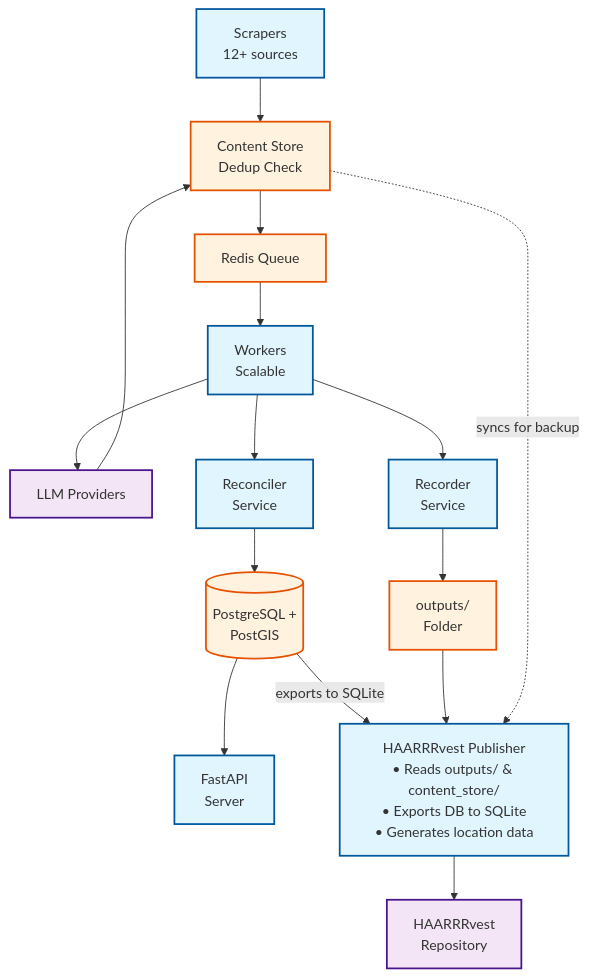
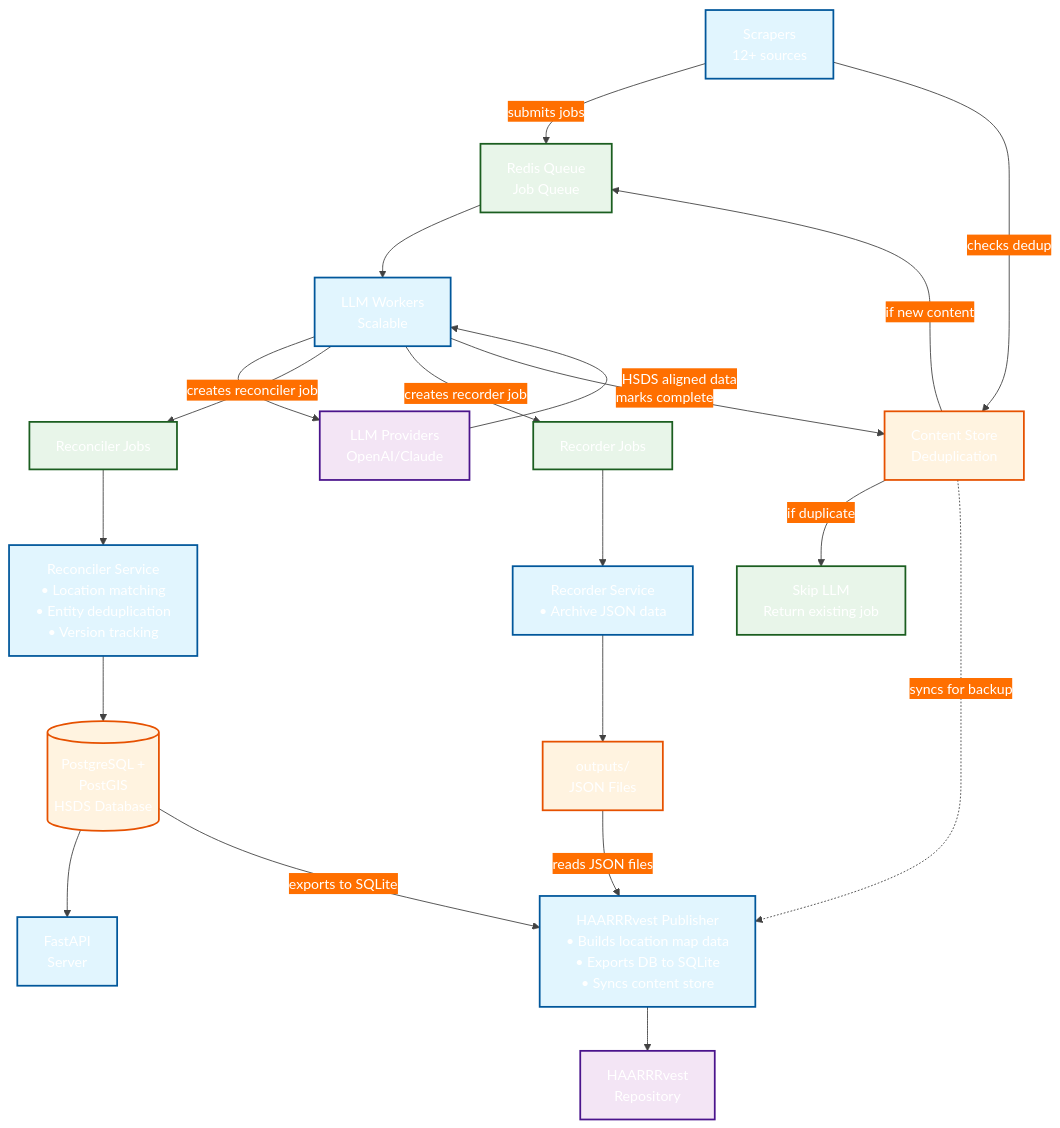
Before and after one commit to For-The-Greater-Good/pantry-pirate-radio: the diagram in README.md, drawn with Mermaid. The commit also changed 1 other file, not shown here.

Commit message:
update readme diagram

````diff
--- a/README.md
+++ b/README.md
@@ -118,38 +118,54 @@
 ```mermaid
-graph TD
+%%{init: {'theme':'base', 'themeVariables': { 'primaryColor':'#1976d2', 'primaryTextColor':'#fff', 'primaryBorderColor':'#0d47a1', 'lineColor':'#424242', 'secondaryColor':'#ff6f00', 'tertiaryColor':'#4a148c', 'background':'#fafafa', 'mainBkg':'#e3f2fd', 'secondBkg':'#fff3e0', 'tertiaryBkg':'#f3e5f5'}}}%%
+flowchart TB
     %% Data Collection Layer
-    Scrapers[Scrapers<br/>12+ sources] --> ContentStore[Content Store<br/>Dedup Check]
-    ContentStore --> RedisQueue[Redis Queue]
+    Scrapers[Scrapers<br/>12+ sources] --> |submits jobs| RedisQueue[Redis Queue<br/>Job Queue]
     
-    %% Processing Layer
-    RedisQueue --> Workers[Workers<br/>Scalable]
-    Workers --> LLM[LLM Providers]
-    Workers --> Reconciler[Reconciler<br/>Service]
-    Workers --> Recorder[Recorder<br/>Service]
+    %% Content Store checks happen during job submission
+    Scrapers --> |checks dedup| ContentStore[Content Store<br/>Deduplication]
+    ContentStore --> |if new content| RedisQueue
+    ContentStore --> |if duplicate| SkipLLM[Skip LLM<br/>Return existing job]
     
-    %% LLM updates Content Store
-    LLM --> ContentStore
+    %% LLM Processing Layer
+    RedisQueue --> LLMWorkers[LLM Workers<br/>Scalable]
+    LLMWorkers --> LLM[LLM Providers<br/>OpenAI/Claude]
+    LLM --> |HSDS aligned data| LLMWorkers
+    
+    %% LLM Workers create new jobs
+    LLMWorkers --> |creates reconciler job| ReconcilerQueue[Reconciler Jobs]
+    LLMWorkers --> |creates recorder job| RecorderQueue[Recorder Jobs]
+    
+    %% Update Content Store after processing
+    LLMWorkers --> |marks complete| ContentStore
+    
+    %% Reconciler Processing
+    ReconcilerQueue --> Reconciler[Reconciler Service<br/>• Location matching<br/>• Entity deduplication<br/>• Version tracking]
+    
+    %% Recorder Processing
+    RecorderQueue --> Recorder[Recorder Service<br/>• Archive JSON data]
     
     %% Storage Layer
-    Reconciler --> PostgreSQL[(PostgreSQL +<br/>PostGIS)]
-    Recorder --> OutputsFolder[outputs/<br/>Folder]
+    Reconciler --> PostgreSQL[(PostgreSQL +<br/>PostGIS<br/>HSDS Database)]
+    Recorder --> OutputsFolder[outputs/<br/>JSON Files]
     
     %% API Layer
     PostgreSQL --> FastAPI[FastAPI<br/>Server]
     
     %% Publishing Layer
-    PostgreSQL --> |exports to SQLite| Publisher[HAARRRvest Publisher<br/>• Reads outputs/ & content_store/<br/>• Exports DB to SQLite<br/>• Generates location data]
-    OutputsFolder --> Publisher
+    OutputsFolder --> |reads JSON files| Publisher[HAARRRvest Publisher<br/>• Builds location map data<br/>• Exports DB to SQLite<br/>• Syncs content store]
+    PostgreSQL --> |exports to SQLite| Publisher
     ContentStore -.-> |syncs for backup| Publisher
     
     Publisher --> HAARRRvest[HAARRRvest<br/>Repository]
     
     %% Style
     classDef service fill:#e1f5fe,stroke:#01579b,stroke-width:2px
     classDef storage fill:#fff3e0,stroke:#e65100,stroke-width:2px
     classDef external fill:#f3e5f5,stroke:#4a148c,stroke-width:2px
+    classDef queue fill:#e8f5e9,stroke:#1b5e20,stroke-width:2px
     
-    class Scrapers,Workers,Reconciler,Recorder,FastAPI,Publisher service
-    class ContentStore,RedisQueue,PostgreSQL,OutputsFolder storage
+    class Scrapers,LLMWorkers,Reconciler,Recorder,FastAPI,Publisher service
+    class ContentStore,PostgreSQL,OutputsFolder storage
     class LLM,HAARRRvest external
+    class RedisQueue,ReconcilerQueue,RecorderQueue,SkipLLM queue
 ```
````
